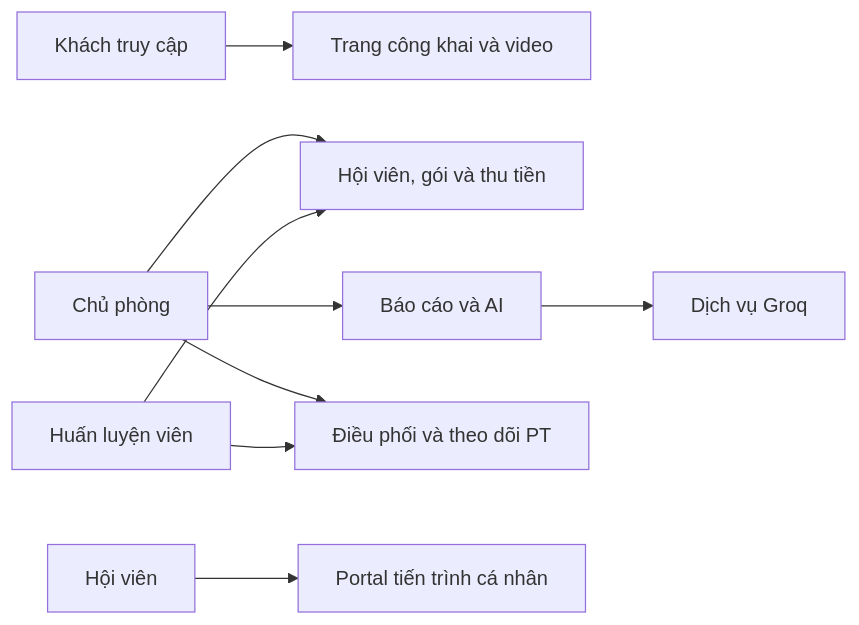
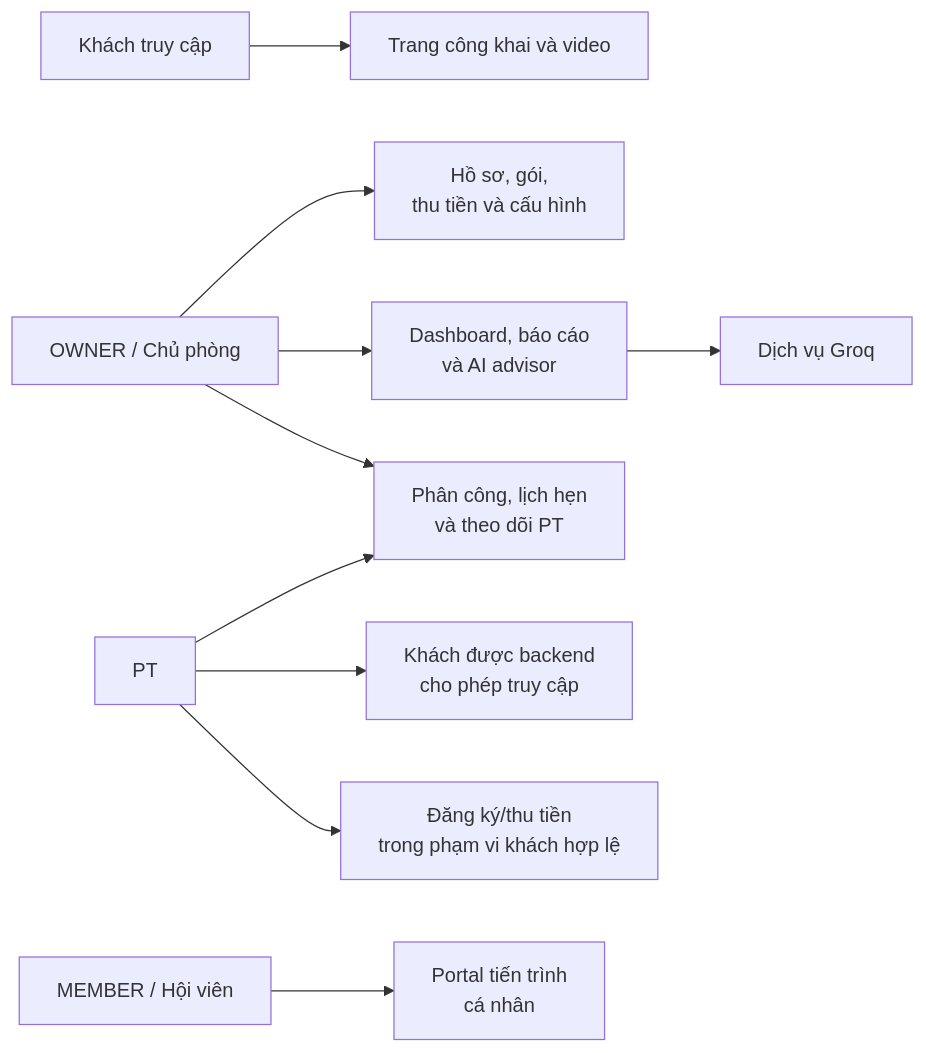
One commit to doanthetin193/gym-management-system changed the second of 14 diagrams in internship/final_report/bao-cao-tong-ket-do-an.md. Above: the diagram before and after it, drawn with Mermaid. The commit also changed other lines of this file and 55 other files, not shown here.

````diff
--- a/internship/final_report/bao-cao-tong-ket-do-an.md
+++ b/internship/final_report/bao-cao-tong-ket-do-an.md
@@ -283,11 +366,12 @@
 ```mermaid
 flowchart LR
     Guest["Khách truy cập"] --> Public["Trang công khai và video"]
-    Owner["Chủ phòng"] --> Admin["Hội viên, gói và thu tiền"]
-    Owner --> Report["Báo cáo và AI"]
-    Owner --> PTWork["Điều phối và theo dõi PT"]
-    Coach["Huấn luyện viên"] --> Admin
+    Owner["OWNER / Chủ phòng"] --> Admin["Hồ sơ, gói,<br/>thu tiền và cấu hình"]
+    Owner --> Report["Dashboard, báo cáo<br/>và AI advisor"]
+    Owner --> PTWork["Phân công, lịch hẹn<br/>và theo dõi PT"]
+    Coach["PT"] --> Assisted["Khách được backend<br/>cho phép truy cập"]
+    Coach --> Finance["Đăng ký/thu tiền<br/>trong phạm vi khách hợp lệ"]
     Coach --> PTWork
-    Member["Hội viên"] --> Portal["Portal tiến trình cá nhân"]
+    Member["MEMBER / Hội viên"] --> Portal["Portal tiến trình<br/>cá nhân"]
     Report --> Groq["Dịch vụ Groq"]
 ```
````
